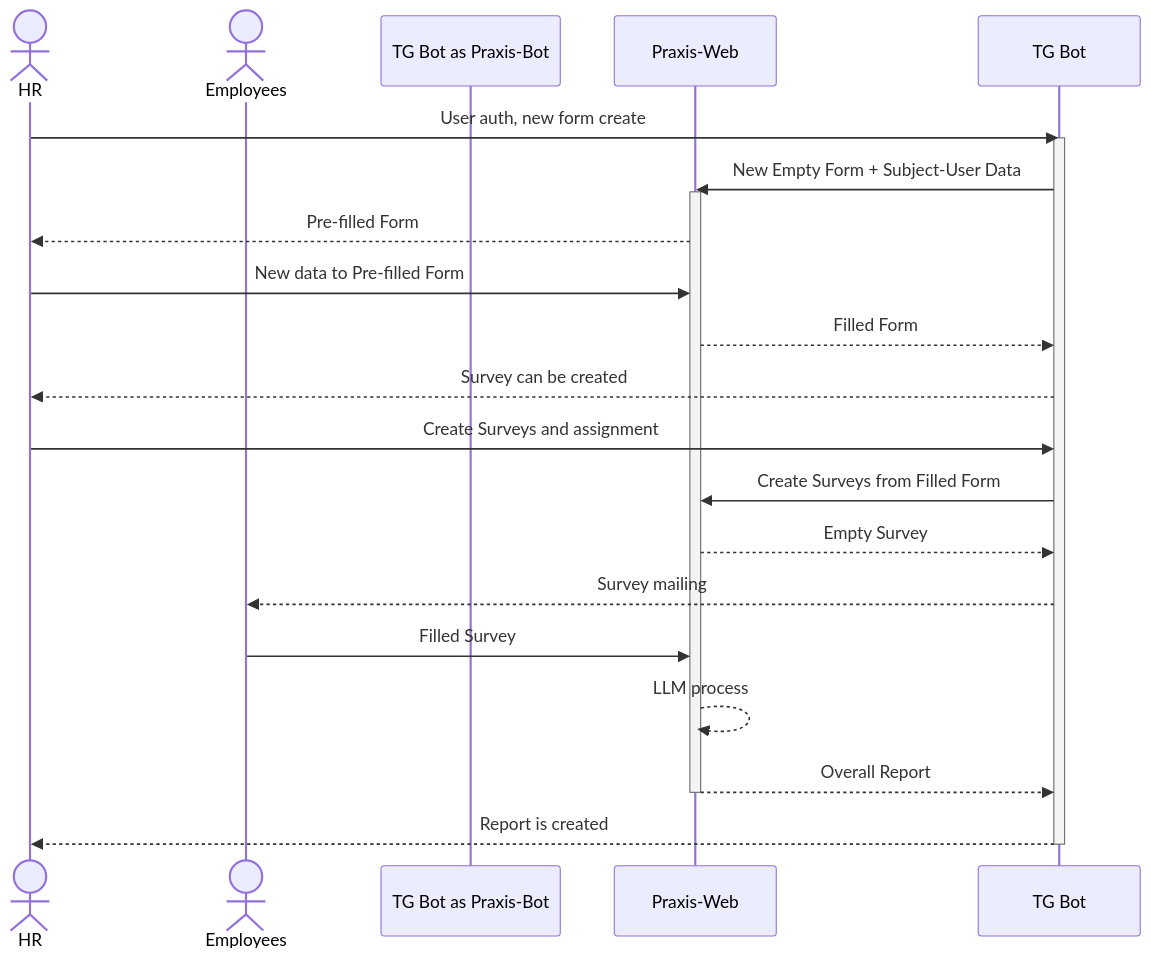
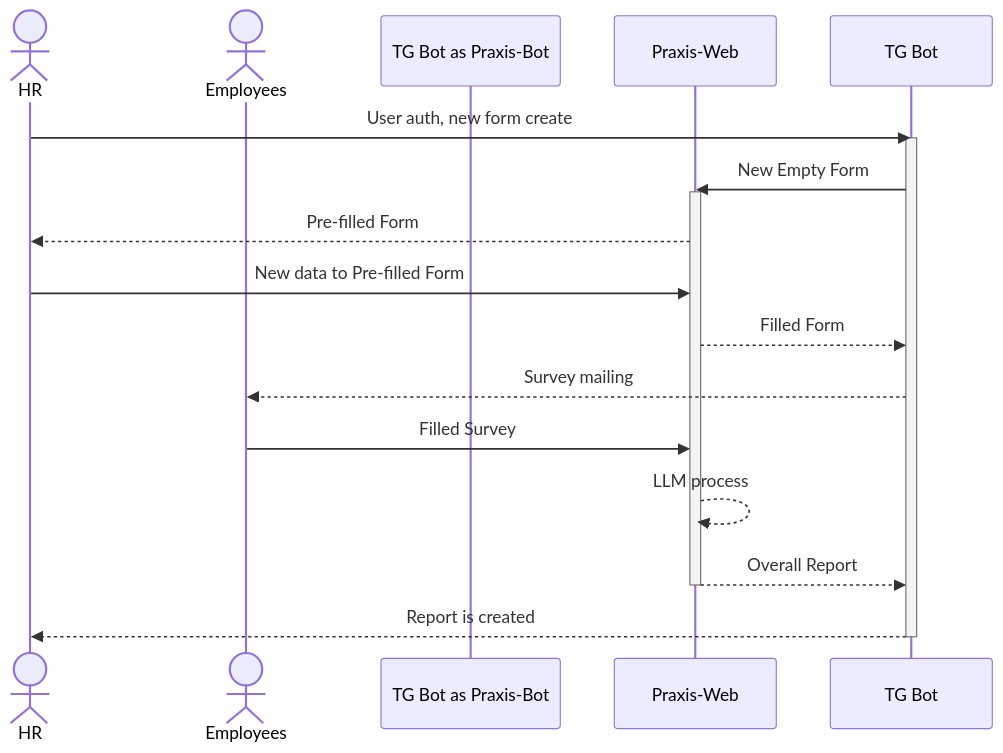
Before and after one commit to megamen-x/praxis-core: the first of 2 diagrams in README.md, drawn with Mermaid. The commit also changed other lines of this file, not shown here.

````diff
--- a/README.md
+++ b/README.md
@@ -46,26 +46,22 @@
   ```mermaid
   sequenceDiagram
     actor Alice as HR
     actor Jonh as Employees
     participant TG Bot as Praxis-Bot
     participant Site as Praxis-Web
-
+  
     Alice ->> TG Bot: User auth, new form create
     activate TG Bot
-    TG Bot ->> Site: New Empty Form + Subject-User Data
+    TG Bot ->> Site: New Empty Form
     activate Site
     Site -->> Alice: Pre-filled Form
     Alice ->> Site: New data to Pre-filled Form
     Site -->> TG Bot: Filled Form
-    TG Bot -->> Alice: Survey can be created
-    Alice ->> TG Bot: Create Surveys and assignment  
-    TG Bot ->> Site: Create Surveys from Filled Form
-    Site -->> TG Bot: Empty Survey
     TG Bot -->> Jonh: Survey mailing
     Jonh ->> Site: Filled Survey
     Site -->> Site: LLM process
     Site -->> TG Bot: Overall Report
     deactivate Site
     TG Bot -->> Alice: Report is created
     deactivate TG Bot
   ```
````
